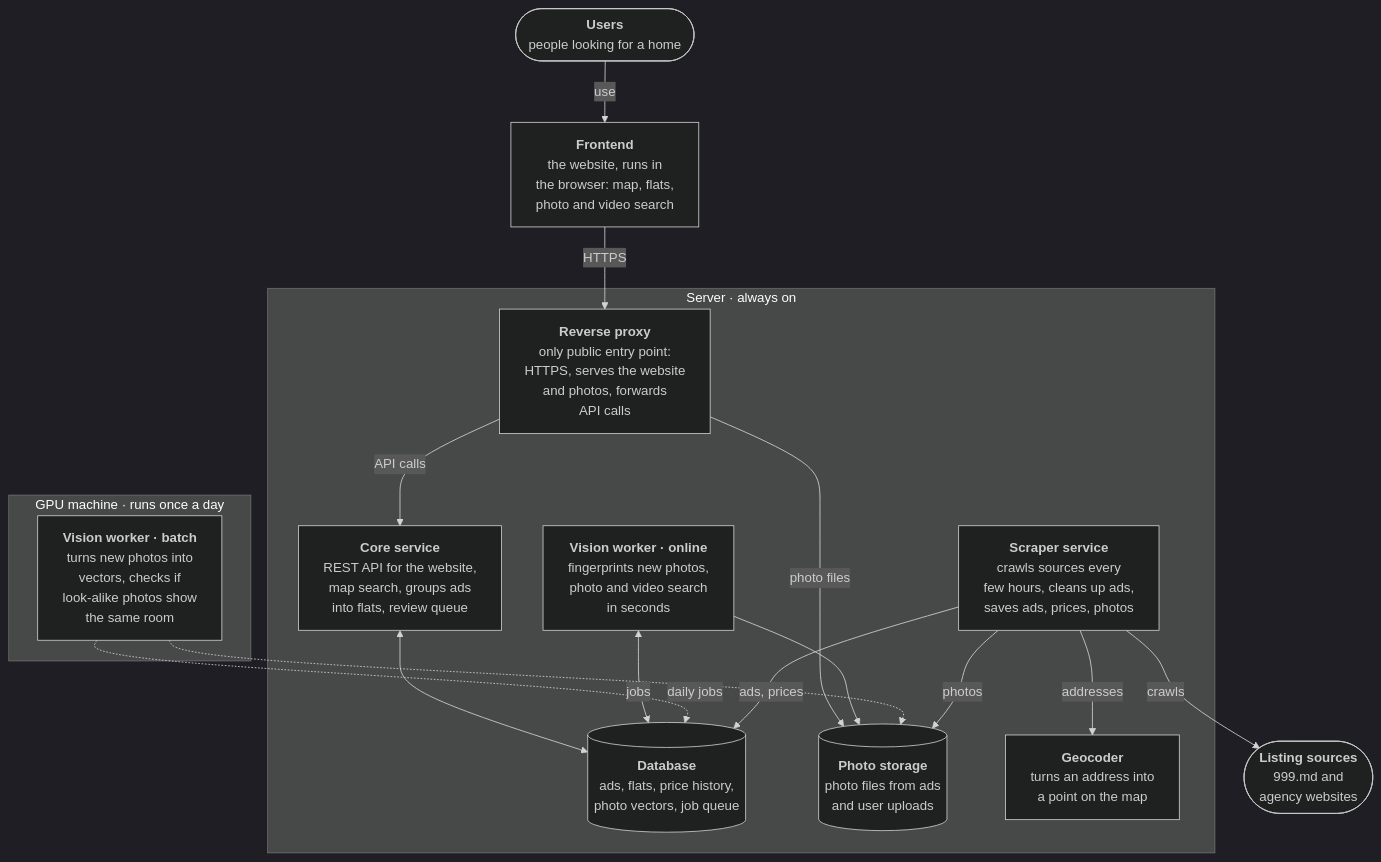
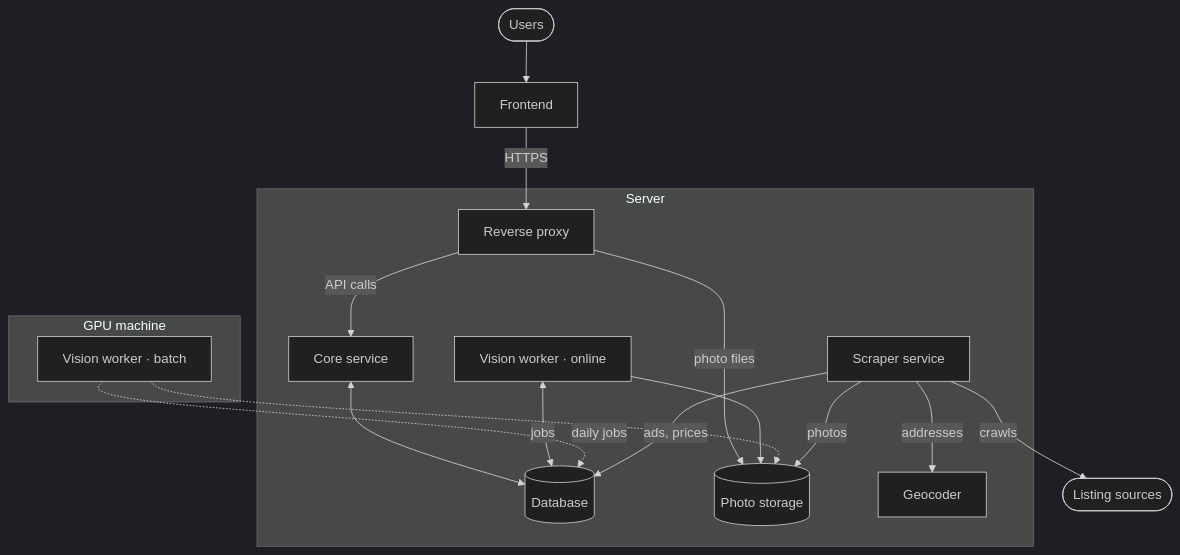
Before and after one commit to mcittkmims/apartment-lens: the diagram in README.md, drawn with Mermaid (dark theme).

Commit message:
Show component names only in the diagramClaude-Session: https://claude.ai/code/session_017Dt9DBNnQxbeH2nxV5Xm2r

````diff
--- a/README.md
+++ b/README.md
@@ -26,35 +26,35 @@
 ```mermaid
 flowchart TB
-    users(["<b>Users</b><br/>people looking for a home"])
-    frontend["<b>Frontend</b><br/>the website, runs in<br/>the browser: map, flats,<br/>photo and video search"]
+    users([Users])
+    frontend["Frontend"]
 
-    subgraph gpu["GPU machine · runs once a day"]
-        vbatch["<b>Vision worker · batch</b><br/>turns new photos into<br/>vectors, checks if<br/>look-alike photos show<br/>the same room"]
+    subgraph gpu["GPU machine"]
+        vbatch["Vision worker · batch"]
     end
 
-    subgraph server["Server · always on"]
-        proxy["<b>Reverse proxy</b><br/>only public entry point:<br/>HTTPS, serves the website<br/>and photos, forwards<br/>API calls"]
-        core["<b>Core service</b><br/>REST API for the website,<br/>map search, groups ads<br/>into flats, review queue"]
-        vonline["<b>Vision worker · online</b><br/>fingerprints new photos,<br/>photo and video search<br/>in seconds"]
-        scraper["<b>Scraper service</b><br/>crawls sources every<br/>few hours, cleans up ads,<br/>saves ads, prices, photos"]
-        db[("<b>Database</b><br/>ads, flats, price history,<br/>photo vectors, job queue")]
-        store[("<b>Photo storage</b><br/>photo files from ads<br/>and user uploads")]
-        geo["<b>Geocoder</b><br/>turns an address into<br/>a point on the map"]
+    subgraph server["Server"]
+        proxy["Reverse proxy"]
+        core["Core service"]
+        vonline["Vision worker · online"]
+        scraper["Scraper service"]
+        db[("Database")]
+        store[("Photo storage")]
+        geo["Geocoder"]
     end
 
-    sources(["<b>Listing sources</b><br/>999.md and<br/>agency websites"])
+    sources([Listing sources])
 
-    users -->|use| frontend
+    users --> frontend
     frontend -->|HTTPS| proxy
     proxy -->|API calls| core
     proxy -->|photo files| store
     core <--> db
     vonline <-->|jobs| db
     vonline --> store
     vbatch -.->|daily jobs| db
     vbatch -.-> store
     scraper -->|ads, prices| db
     scraper -->|photos| store
     scraper -->|addresses| geo
     scraper -->|crawls| sources
 ```
````
